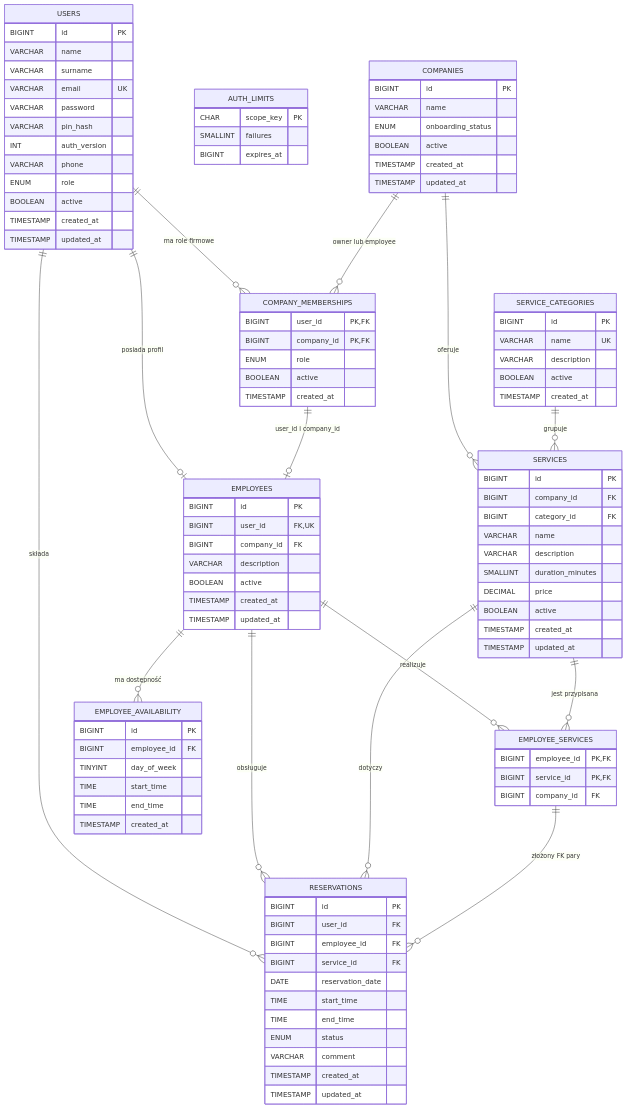
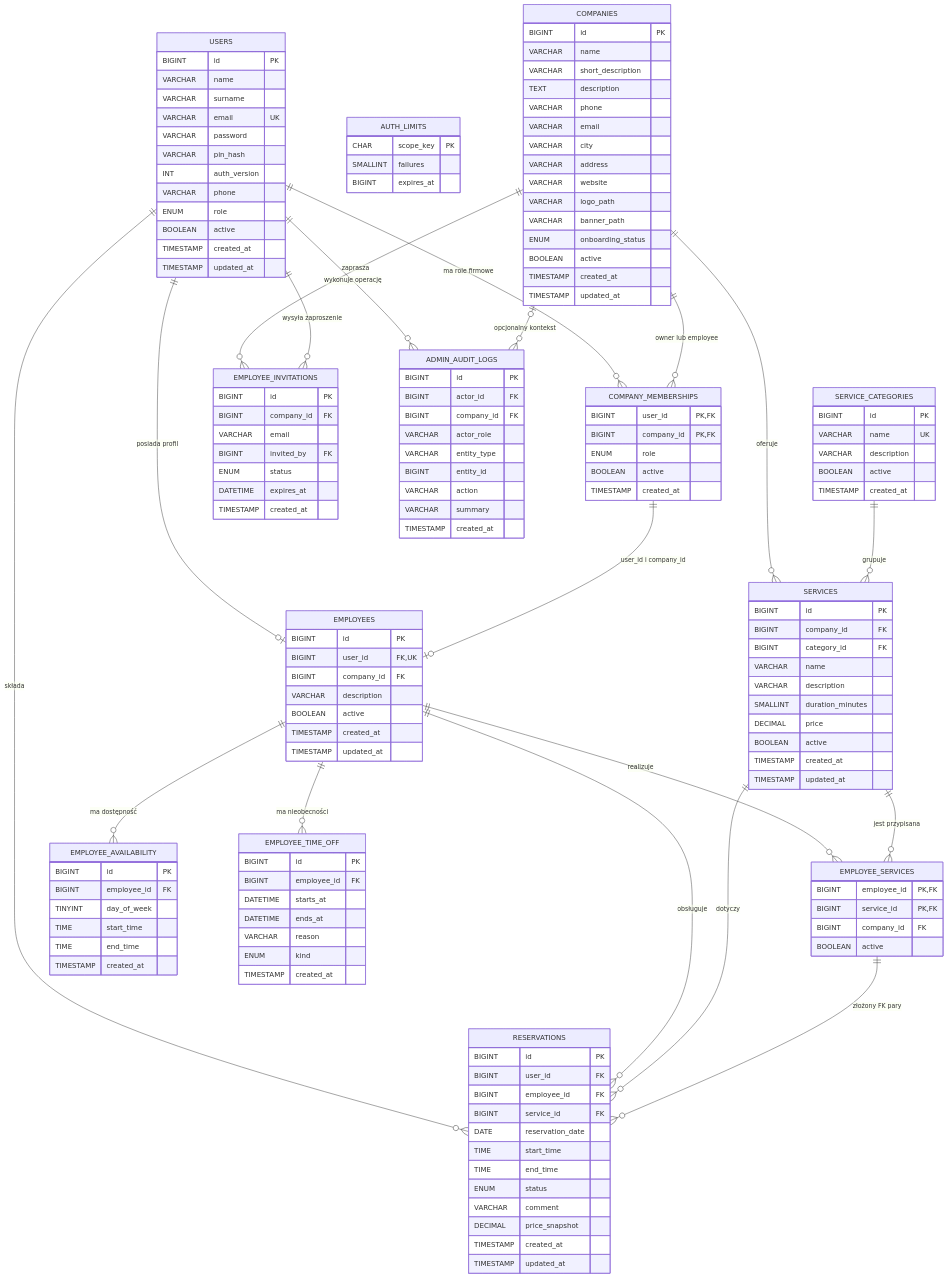
Before and after one commit to Kapikologamer/book.it: the diagram in docs/ERD.md, drawn with Mermaid. The commit also changed other lines of this file and 3 other files, not shown here.

````diff
--- a/docs/ERD.md
+++ b/docs/ERD.md
@@ -7,6 +7,15 @@
     COMPANIES {
         BIGINT id PK
         VARCHAR name
+        VARCHAR short_description
+        TEXT description
+        VARCHAR phone
+        VARCHAR email
+        VARCHAR city
+        VARCHAR address
+        VARCHAR website
+        VARCHAR logo_path
+        VARCHAR banner_path
         ENUM onboarding_status
         BOOLEAN active
         TIMESTAMP created_at
@@ -74,6 +83,7 @@
         BIGINT employee_id PK,FK
         BIGINT service_id PK,FK
         BIGINT company_id FK
+        BOOLEAN active
     }
 
     EMPLOYEE_AVAILABILITY {
@@ -95,8 +105,41 @@
         TIME end_time
         ENUM status
         VARCHAR comment
+        DECIMAL price_snapshot
         TIMESTAMP created_at
         TIMESTAMP updated_at
+    }
+
+    EMPLOYEE_TIME_OFF {
+        BIGINT id PK
+        BIGINT employee_id FK
+        DATETIME starts_at
+        DATETIME ends_at
+        VARCHAR reason
+        ENUM kind
+        TIMESTAMP created_at
+    }
+
+    EMPLOYEE_INVITATIONS {
+        BIGINT id PK
+        BIGINT company_id FK
+        VARCHAR email
+        BIGINT invited_by FK
+        ENUM status
+        DATETIME expires_at
+        TIMESTAMP created_at
+    }
+
+    ADMIN_AUDIT_LOGS {
+        BIGINT id PK
+        BIGINT actor_id FK
+        BIGINT company_id FK
+        VARCHAR actor_role
+        VARCHAR entity_type
+        BIGINT entity_id
+        VARCHAR action
+        VARCHAR summary
+        TIMESTAMP created_at
     }
 
     USERS ||--o| EMPLOYEES : "posiada profil"
@@ -112,4 +155,9 @@
     EMPLOYEES ||--o{ RESERVATIONS : "obsługuje"
     SERVICES ||--o{ RESERVATIONS : "dotyczy"
     EMPLOYEE_SERVICES ||--o{ RESERVATIONS : "złożony FK pary"
+    EMPLOYEES ||--o{ EMPLOYEE_TIME_OFF : "ma nieobecności"
+    COMPANIES ||--o{ EMPLOYEE_INVITATIONS : "zaprasza"
+    USERS ||--o{ EMPLOYEE_INVITATIONS : "wysyła zaproszenie"
+    USERS ||--o{ ADMIN_AUDIT_LOGS : "wykonuje operację"
+    COMPANIES |o--o{ ADMIN_AUDIT_LOGS : "opcjonalny kontekst"
 ```
````
